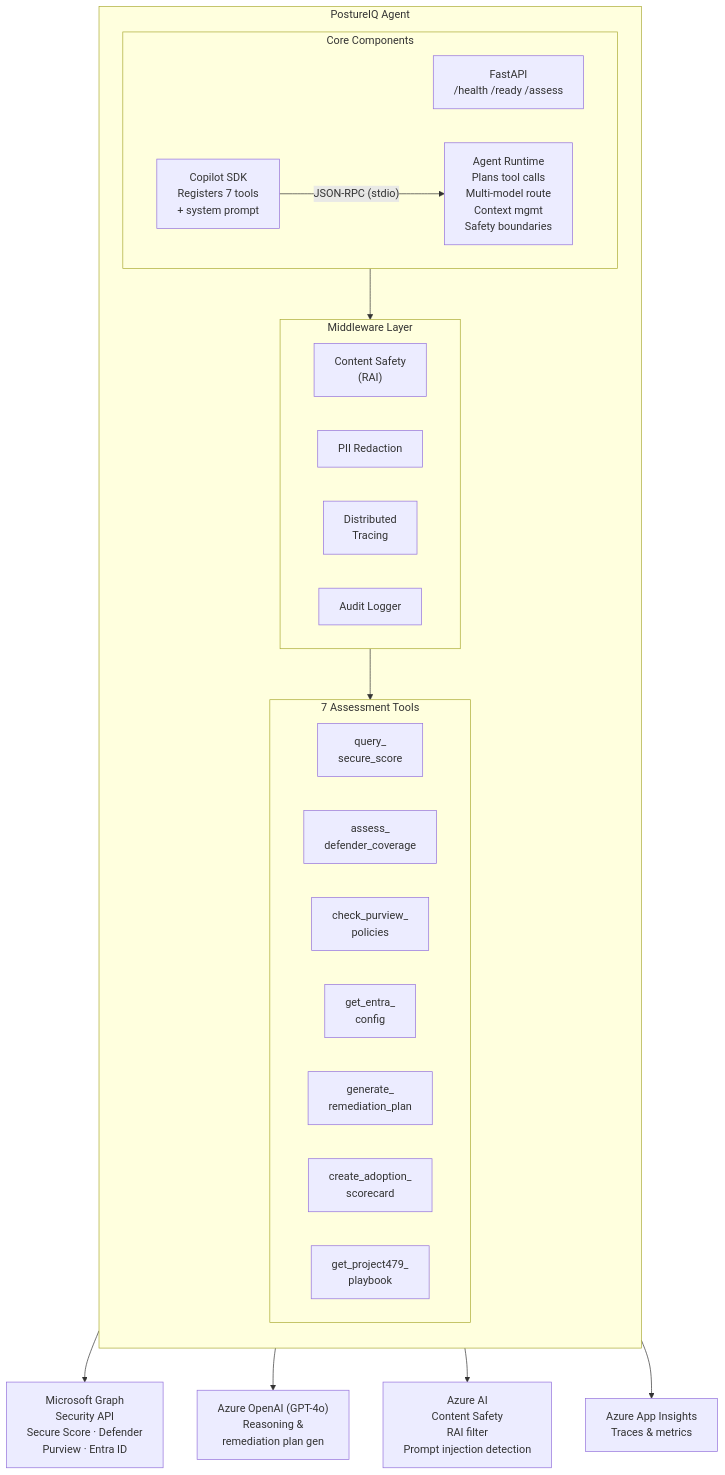
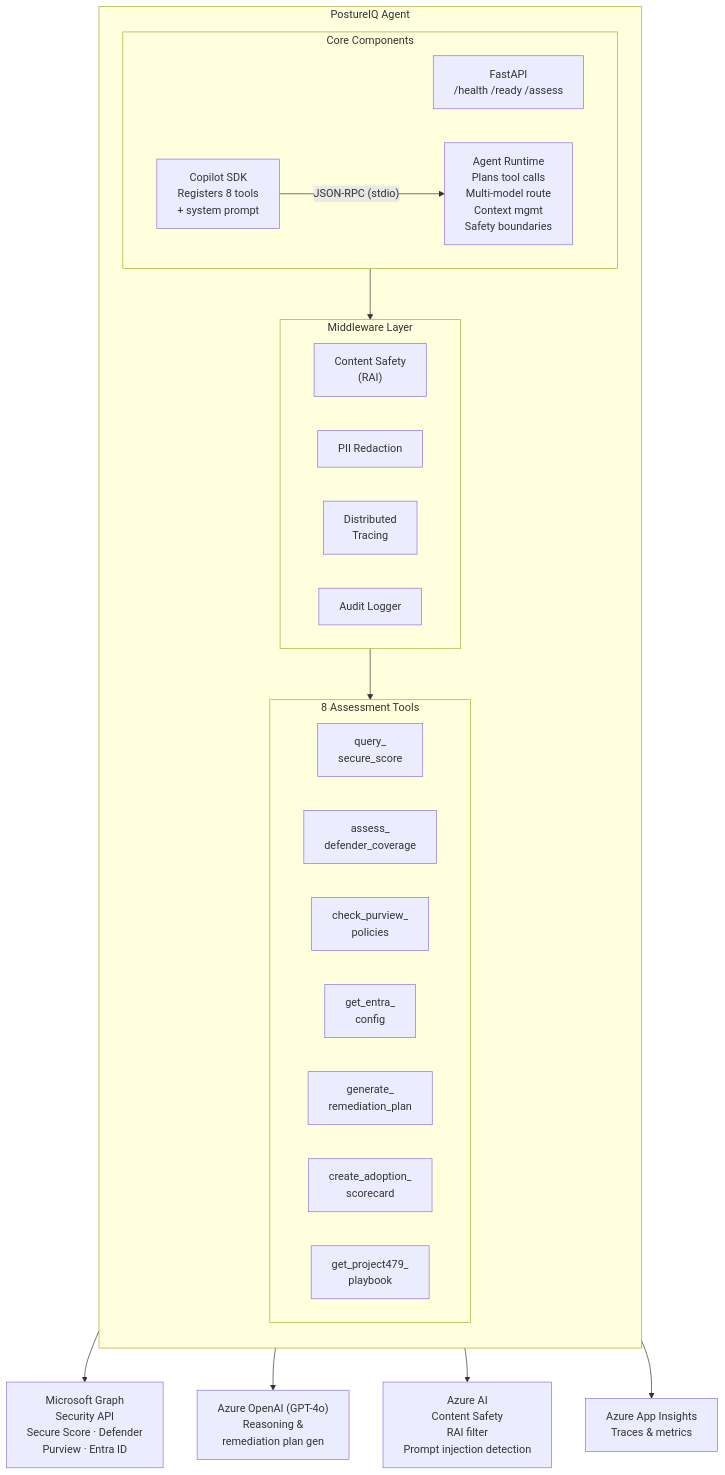
The first of 3 diagrams in docs/architecture.md (9owlsboston/posture-iq), drawn with Mermaid before and after one commit. The commit also changed 5 other files, not shown here.

````diff
--- a/docs/architecture.md
+++ b/docs/architecture.md
@@ -5,39 +5,39 @@
 ```mermaid
 graph TB
     subgraph Agent["PostureIQ Agent"]
         direction TB
         subgraph Core["Core Components"]
             direction LR
             FastAPI["FastAPI<br/>/health /ready /assess"]
-            SDK["Copilot SDK<br/>Registers 7 tools<br/>+ system prompt"]
+            SDK["Copilot SDK<br/>Registers 8 tools<br/>+ system prompt"]
             Runtime["Agent Runtime<br/>Plans tool calls<br/>Multi-model route<br/>Context mgmt<br/>Safety boundaries"]
             SDK -- "JSON-RPC (stdio)" --> Runtime
         end
 
         subgraph Middleware["Middleware Layer"]
             direction LR
             ContentSafety["Content Safety<br/>(RAI)"]
             PII["PII Redaction"]
             Tracing["Distributed<br/>Tracing"]
             AuditLog["Audit Logger"]
         end
 
-        subgraph Tools["7 Assessment Tools"]
+        subgraph Tools["8 Assessment Tools"]
             direction LR
             SecureScore["query_<br/>secure_score"]
             Defender["assess_<br/>defender_coverage"]
             Purview["check_purview_<br/>policies"]
             Entra["get_entra_<br/>config"]
             Remediation["generate_<br/>remediation_plan"]
             Scorecard["create_adoption_<br/>scorecard"]
             Playbook["get_project479_<br/>playbook"]
         end
 
         Core --> Middleware --> Tools
     end
 
     Tools --> Graph["Microsoft Graph<br/>Security API<br/>Secure Score · Defender<br/>Purview · Entra ID"]
     Tools --> OpenAI["Azure OpenAI (GPT-4o)<br/>Reasoning &<br/>remediation plan gen"]
     Middleware --> ContentSafetyAPI["Azure AI<br/>Content Safety<br/>RAI filter<br/>Prompt injection detection"]
     Middleware --> AppInsights["Azure App Insights<br/>Traces & metrics"]
 ```
````
